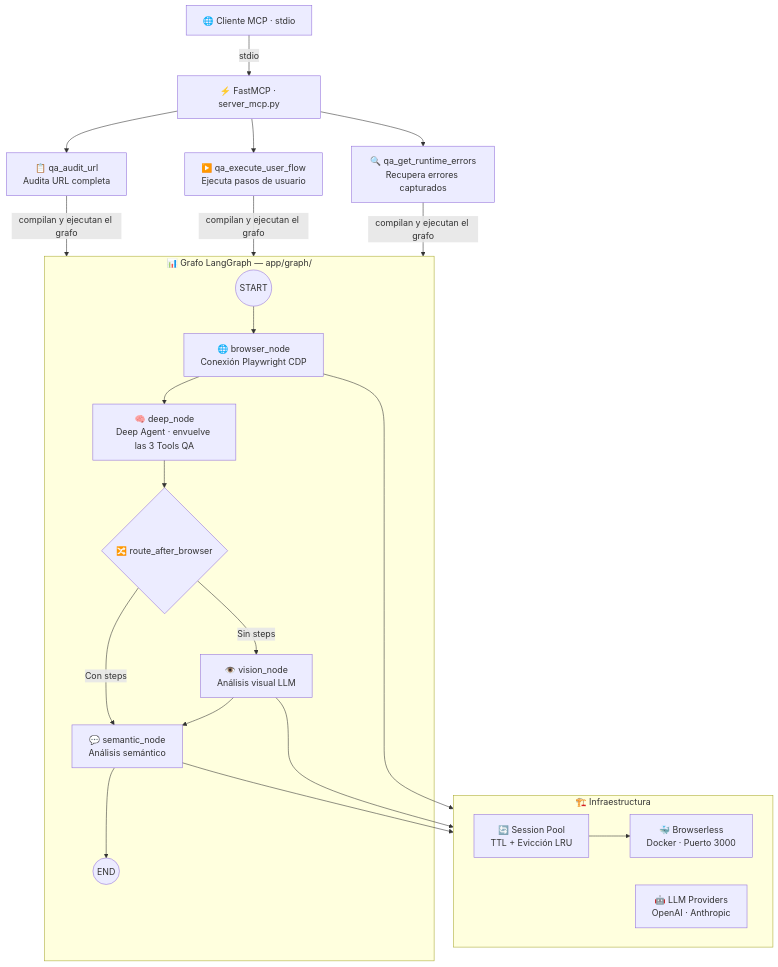
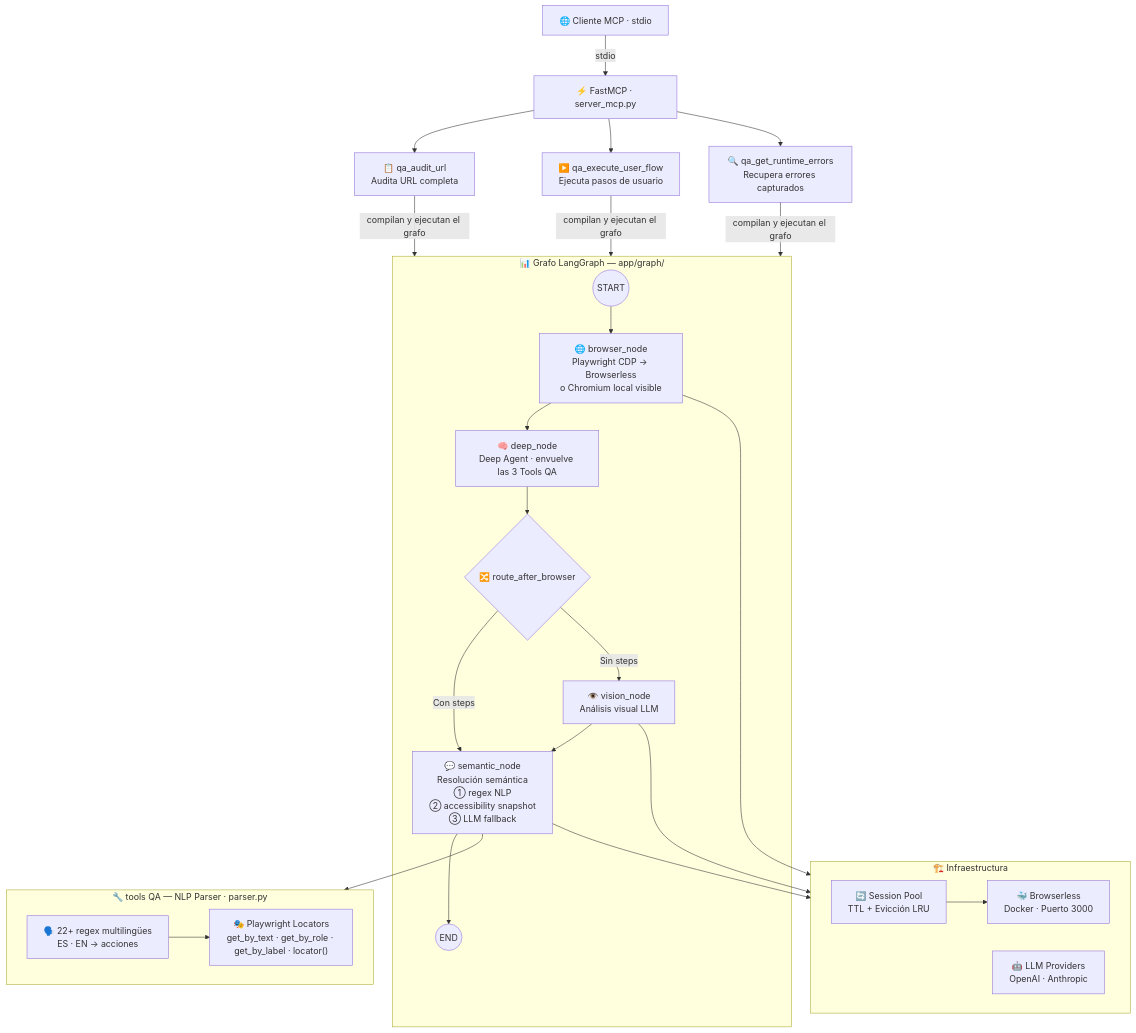
The diagram in README.md (vaillan/VFA), drawn with Mermaid before and after one commit. The commit also changed other lines of this file, not shown here.

Commit message:
docs: update architecture diagram with NLP parser layer, Playwright execution details, and 3-layer semantic resolution

````diff
--- a/README.md
+++ b/README.md
@@ -22,32 +22,40 @@
 ```mermaid
 flowchart TB
     Client["🌐 Cliente MCP · stdio"] -->|"stdio"| MCP["⚡ FastMCP · server_mcp.py"]
 
     MCP --> T1["📋 qa_audit_url\nAudita URL completa"]
     MCP --> T2["▶️ qa_execute_user_flow\nEjecuta pasos de usuario"]
     MCP --> T3["🔍 qa_get_runtime_errors\nRecupera errores capturados"]
 
     T1 & T2 & T3 -->|"compilan y ejecutan el grafo"| Grafo
 
     subgraph Grafo["📊 Grafo LangGraph — app/graph/"]
-        S((START)) --> Browser["🌐 browser_node\nConexión Playwright CDP"]
+        S((START)) --> Browser["🌐 browser_node\nPlaywright CDP → Browserless\no Chromium local visible"]
         Browser --> Deep["🧠 deep_node\nDeep Agent · envuelve las 3 Tools QA"]
         Deep --> Router{"🔀 route_after_browser"}
-        Router -->|"Con steps"| Semantic["💬 semantic_node\nAnálisis semántico"]
+        Router -->|"Con steps"| Semantic["💬 semantic_node\nResolución semántica\n① regex NLP\n② accessibility snapshot\n③ LLM fallback"]
         Router -->|"Sin steps"| Vision["👁️ vision_node\nAnálisis visual LLM"]
         Vision --> Semantic
         Semantic --> E((END))
+    end
+
+    subgraph toolsQA["🔧 tools QA — NLP Parser · parser.py"]
+        direction LR
+        NLP["🗣️ 22+ regex multilingües\nES · EN → acciones"]
+        PW["🎭 Playwright Locators\nget_by_text · get_by_role · get_by_label · locator()"]
+        NLP --> PW
     end
 
     subgraph Infra["🏗️ Infraestructura"]
         direction LR
         Pool["🔄 Session Pool\nTTL + Evicción LRU"]
         BR["🐳 Browserless\nDocker · Puerto 3000"]
         LLM["🤖 LLM Providers\nOpenAI · Anthropic"]
     end
 
     Browser --> Pool
     Pool --> BR
     Semantic --> LLM
     Vision --> LLM
+    Semantic --> toolsQA
 ```
````
